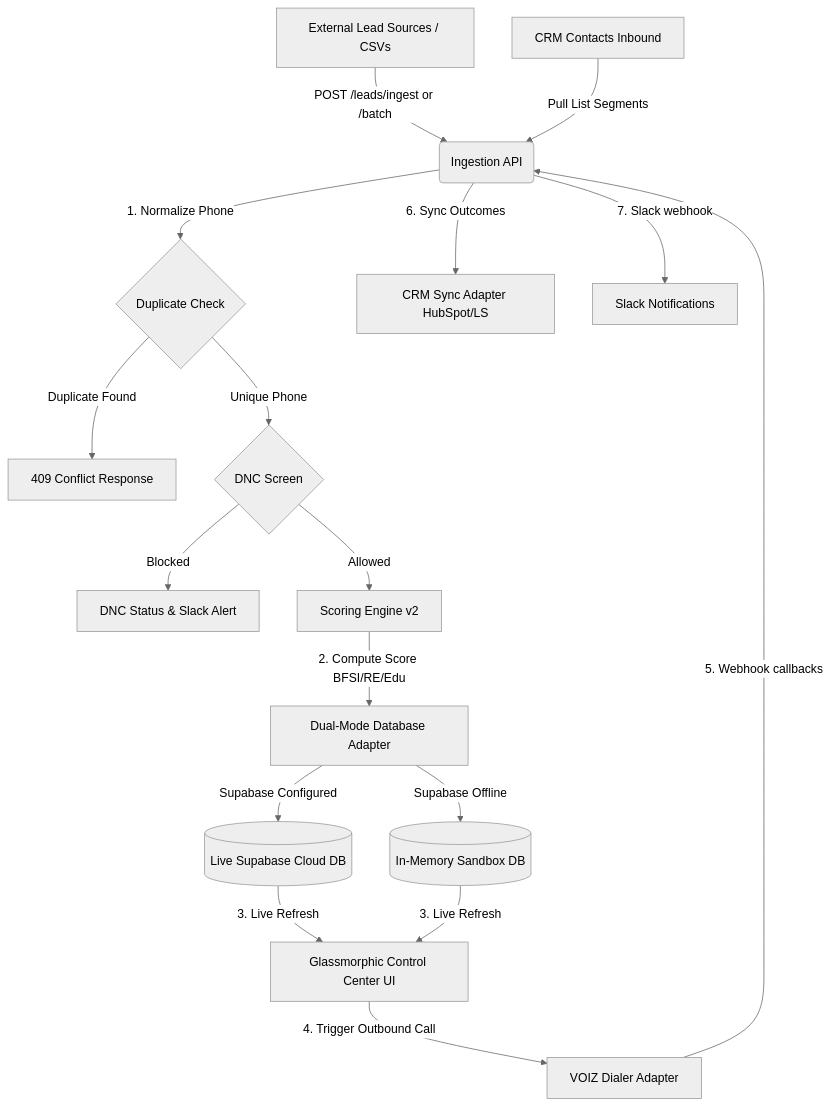
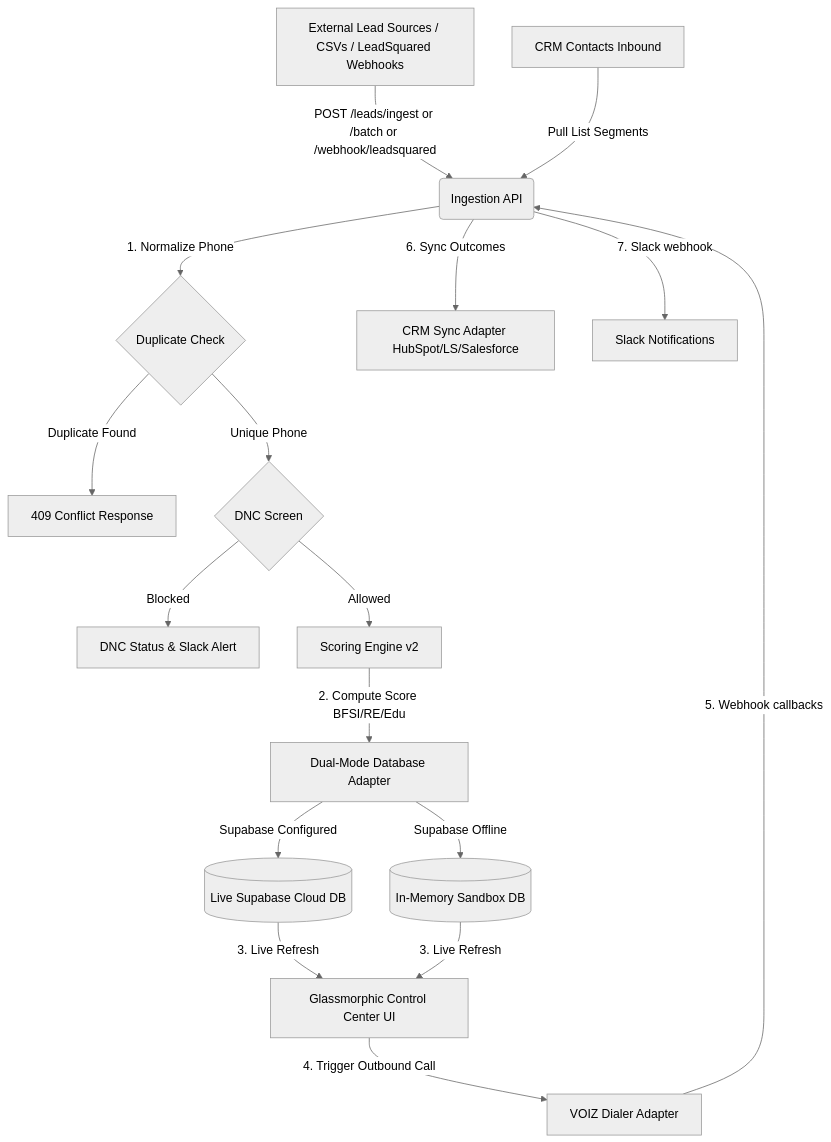
Before and after one commit to arpansingha7/LEADX: the diagram in README.md, drawn with Mermaid (neutral theme). The commit also changed other lines of this file, not shown here.

````diff
--- a/README.md
+++ b/README.md
@@ -16,18 +16,18 @@
 ```mermaid
 flowchart TD
-    A[External Lead Sources / CSVs] -->|POST /leads/ingest or /batch| B(Ingestion API)
+    A[External Lead Sources / CSVs / LeadSquared Webhooks] -->|POST /leads/ingest or /batch or /webhook/leadsquared| B(Ingestion API)
     CRM[CRM Contacts Inbound] -->|Pull List Segments| B
     B -->|1. Normalize Phone| C{Duplicate Check}
     C -->|Duplicate Found| D[409 Conflict Response]
     C -->|Unique Phone| E{DNC Screen}
     E -->|Blocked| F[DNC Status & Slack Alert]
     E -->|Allowed| G[Scoring Engine v2]
     G -->|2. Compute Score BFSI/RE/Edu| H[Dual-Mode Database Adapter]
     H -->|Supabase Configured| I[(Live Supabase Cloud DB)]
     H -->|Supabase Offline| J[(In-Memory Sandbox DB)]
     I & J -->|3. Live Refresh| K[Glassmorphic Control Center UI]
     K -->|4. Trigger Outbound Call| L[VOIZ Dialer Adapter]
     L -->|5. Webhook callbacks| B
-    B -->|6. Sync Outcomes| M[CRM Sync Adapter HubSpot/LS]
+    B -->|6. Sync Outcomes| M[CRM Sync Adapter HubSpot/LS/Salesforce]
     B -->|7. Slack webhook| N[Slack Notifications]
 ```
````
